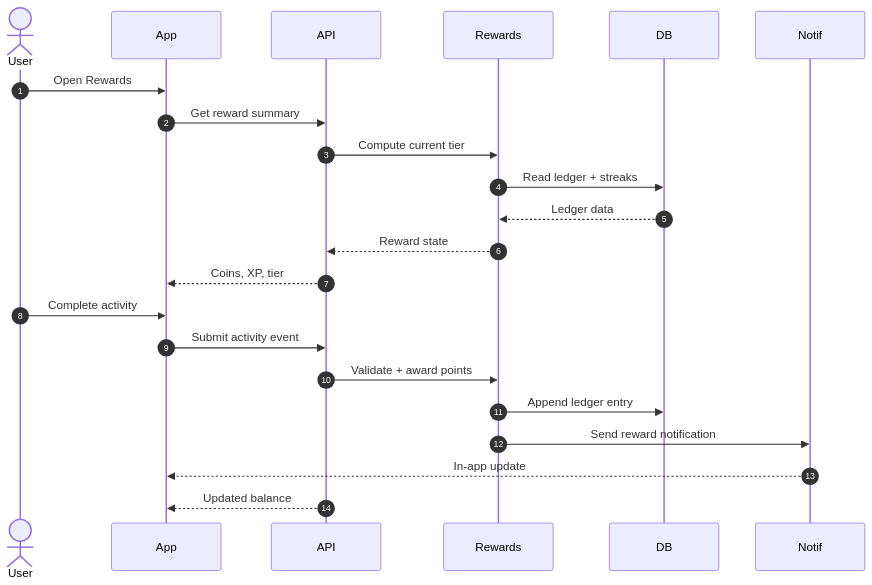
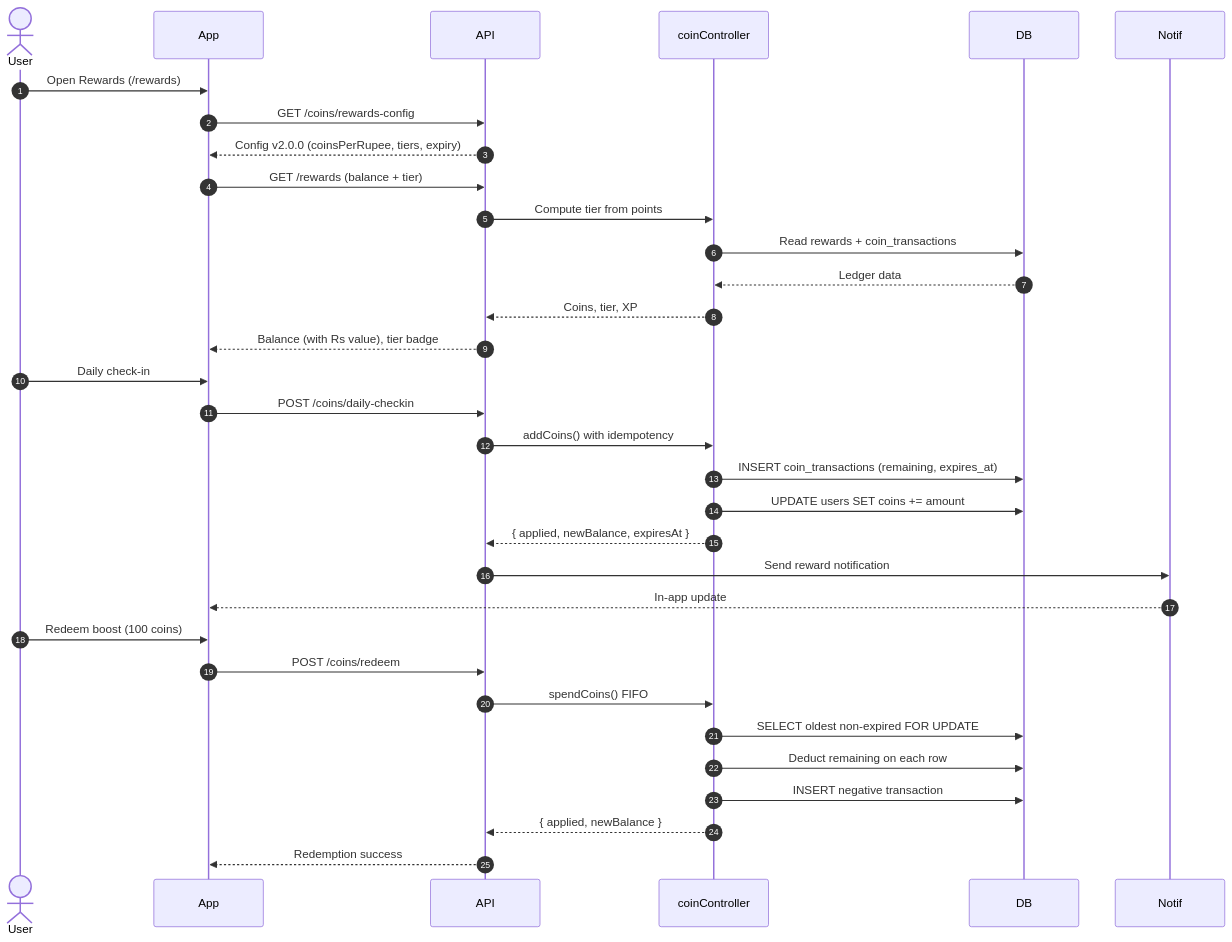
The fourth of 4 diagrams in client/README.md (Gauwin48A/G48A), drawn with Mermaid before and after one commit. The commit also changed other lines of this file and 20 other files, not shown here.

````diff
--- a/client/README.md
+++ b/client/README.md
@@ -1030,26 +1034,38 @@
 ```mermaid
 sequenceDiagram
   autonumber
   actor User
   participant App
   participant API
-  participant Rewards
+  participant CoinCtrl as coinController
   participant DB
   participant Notif
 
-  User->>App: Open Rewards
-  App->>API: Get reward summary
-  API->>Rewards: Compute current tier
-  Rewards->>DB: Read ledger + streaks
-  DB-->>Rewards: Ledger data
-  Rewards-->>API: Reward state
-  API-->>App: Coins, XP, tier
+  User->>App: Open Rewards (/rewards)
+  App->>API: GET /coins/rewards-config
+  API-->>App: Config v2.0.0 (coinsPerRupee, tiers, expiry)
+  App->>API: GET /rewards (balance + tier)
+  API->>CoinCtrl: Compute tier from points
+  CoinCtrl->>DB: Read rewards + coin_transactions
+  DB-->>CoinCtrl: Ledger data
+  CoinCtrl-->>API: Coins, tier, XP
+  API-->>App: Balance (with Rs value), tier badge
 
-  User->>App: Complete activity
-  App->>API: Submit activity event
-  API->>Rewards: Validate + award points
-  Rewards->>DB: Append ledger entry
-  Rewards->>Notif: Send reward notification
+  User->>App: Daily check-in
+  App->>API: POST /coins/daily-checkin
+  API->>CoinCtrl: addCoins() with idempotency
+  CoinCtrl->>DB: INSERT coin_transactions (remaining, expires_at)
+  CoinCtrl->>DB: UPDATE users SET coins += amount
+  CoinCtrl-->>API: { applied, newBalance, expiresAt }
+  API->>Notif: Send reward notification
   Notif-->>App: In-app update
-  API-->>App: Updated balance
+
+  User->>App: Redeem boost (100 coins)
+  App->>API: POST /coins/redeem
+  API->>CoinCtrl: spendCoins() FIFO
+  CoinCtrl->>DB: SELECT oldest non-expired FOR UPDATE
+  CoinCtrl->>DB: Deduct remaining on each row
+  CoinCtrl->>DB: INSERT negative transaction
+  CoinCtrl-->>API: { applied, newBalance }
+  API-->>App: Redemption success
 ```
````
